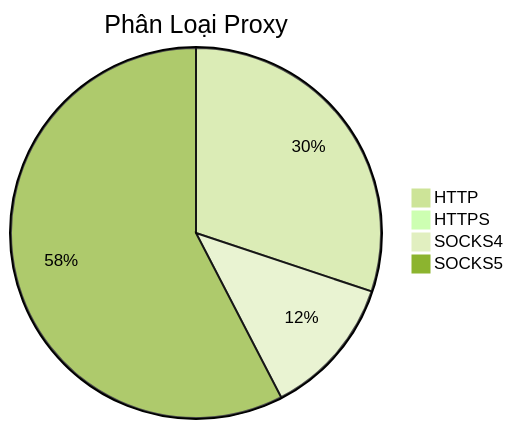
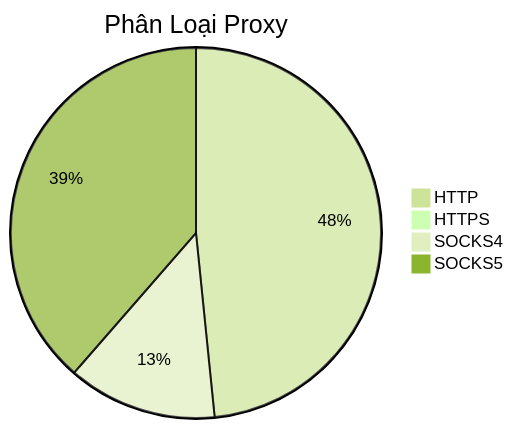
The diagram in README.md (Ciara-12/PROXY-free), drawn with Mermaid (forest theme) before and after one commit. The commit also changed other lines of this file and 4 other files, not shown here.

````diff
--- a/README.md
+++ b/README.md
@@ -26,7 +26,7 @@
 ```mermaid
 pie title Phân Loại Proxy
-    "HTTP" : 991
-    "HTTPS" : 1
-    "SOCKS4" : 404
-    "SOCKS5" : 1896
+    "HTTP" : 1564
+    "HTTPS" : 3
+    "SOCKS4" : 421
+    "SOCKS5" : 1247
 ```
````
